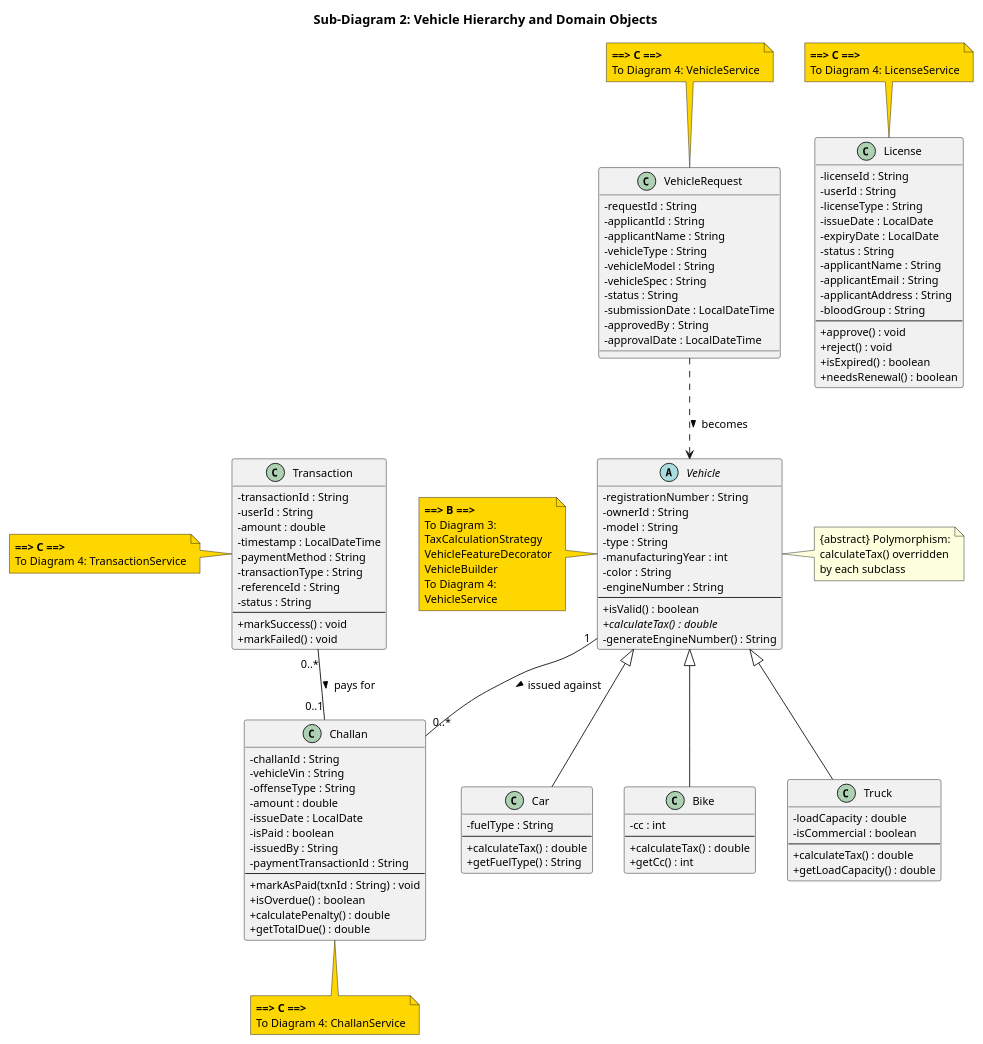
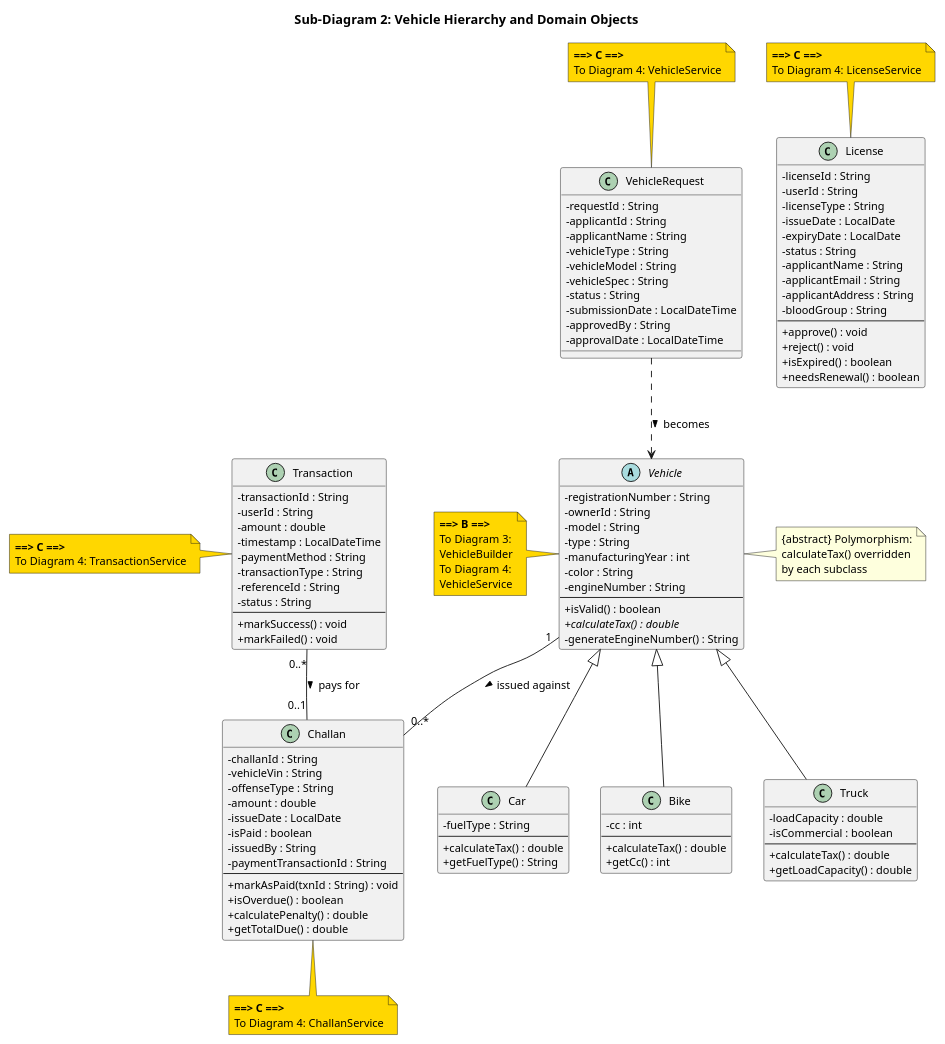
One commit to vTarun3330/RTO-Office-Simulation-Using-JAVA changed the second of 4 diagrams in docs/class_diagram.md. Above: the diagram before and after it, drawn with PlantUML. The commit also changed other lines of this file and 5 other files, not shown here.

```diff
--- a/docs/class_diagram.md
+++ b/docs/class_diagram.md
@@ -235,8 +235,6 @@
 note left of Vehicle #Gold
   **==> B ==>**
   To Diagram 3:
-  TaxCalculationStrategy
-  VehicleFeatureDecorator
   VehicleBuilder
   To Diagram 4:
   VehicleService
```
